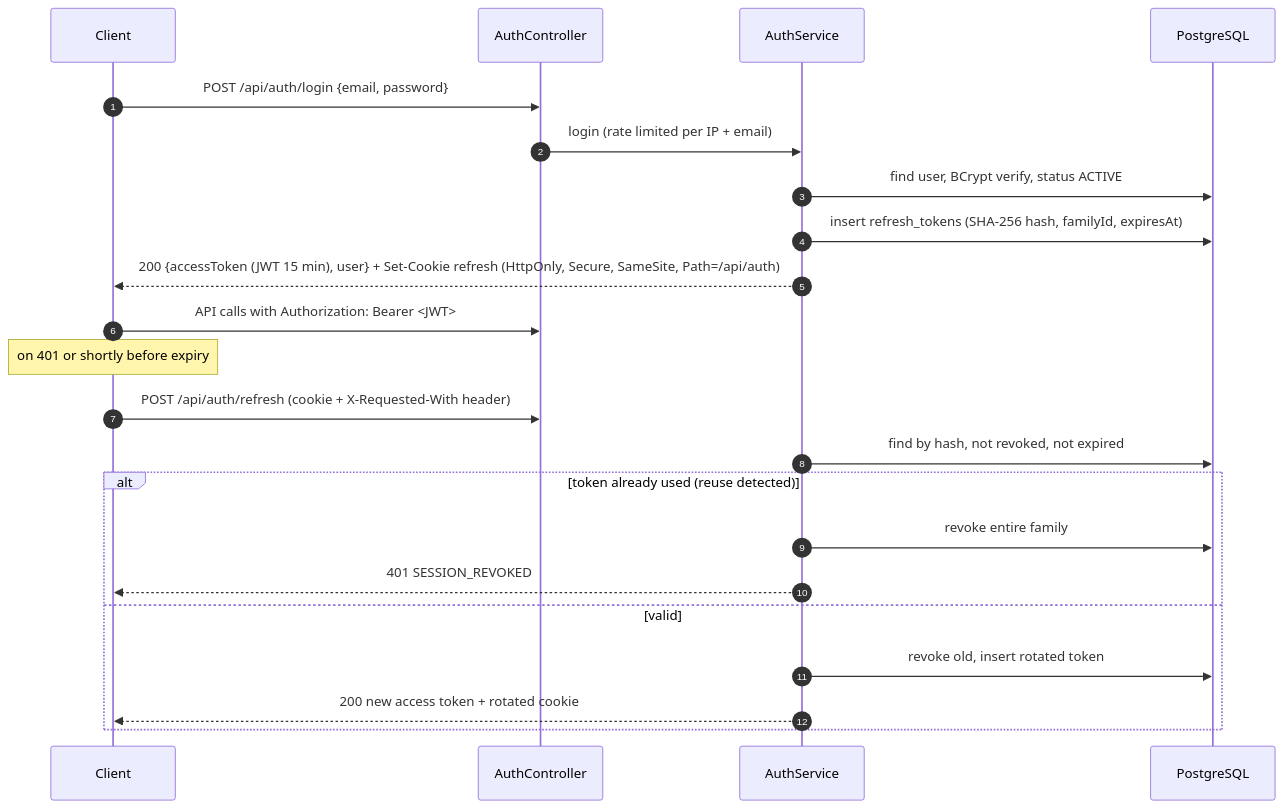
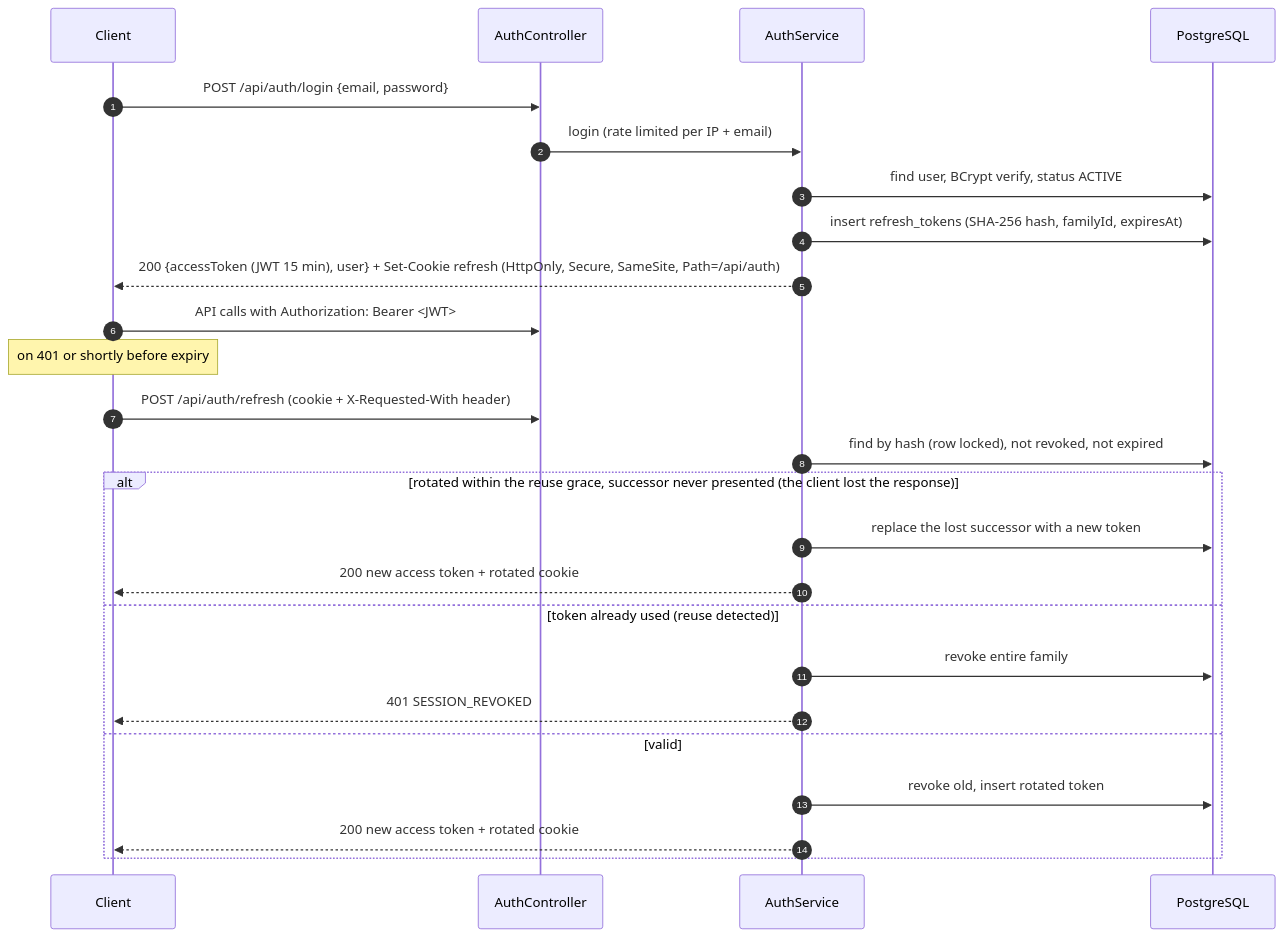
One commit to saitharun1903/Rapo changed the eighth of 10 diagrams in docs/architecture.md. Above: the diagram before and after it, drawn with Mermaid. The commit also changed other lines of this file and 13 other files, not shown here.

First line of the commit message:
Do not sign out a user whose refresh response was lost

````diff
--- a/docs/architecture.md
+++ b/docs/architecture.md
@@ -600,24 +600,27 @@
 ```mermaid
 sequenceDiagram
     autonumber
     participant C as Client
     participant A as AuthController
     participant S as AuthService
     participant PG as PostgreSQL
     C->>A: POST /api/auth/login {email, password}
     A->>S: login (rate limited per IP + email)
     S->>PG: find user, BCrypt verify, status ACTIVE
     S->>PG: insert refresh_tokens (SHA-256 hash, familyId, expiresAt)
     S-->>C: 200 {accessToken (JWT 15 min), user} + Set-Cookie refresh (HttpOnly, Secure, SameSite, Path=/api/auth)
     C->>A: API calls with Authorization: Bearer <JWT>
     Note over C: on 401 or shortly before expiry
     C->>A: POST /api/auth/refresh (cookie + X-Requested-With header)
-    S->>PG: find by hash, not revoked, not expired
-    alt token already used (reuse detected)
+    S->>PG: find by hash (row locked), not revoked, not expired
+    alt rotated within the reuse grace, successor never presented (the client lost the response)
+        S->>PG: replace the lost successor with a new token
+        S-->>C: 200 new access token + rotated cookie
+    else token already used (reuse detected)
         S->>PG: revoke entire family
         S-->>C: 401 SESSION_REVOKED
     else valid
         S->>PG: revoke old, insert rotated token
         S-->>C: 200 new access token + rotated cookie
     end
 ```
````
